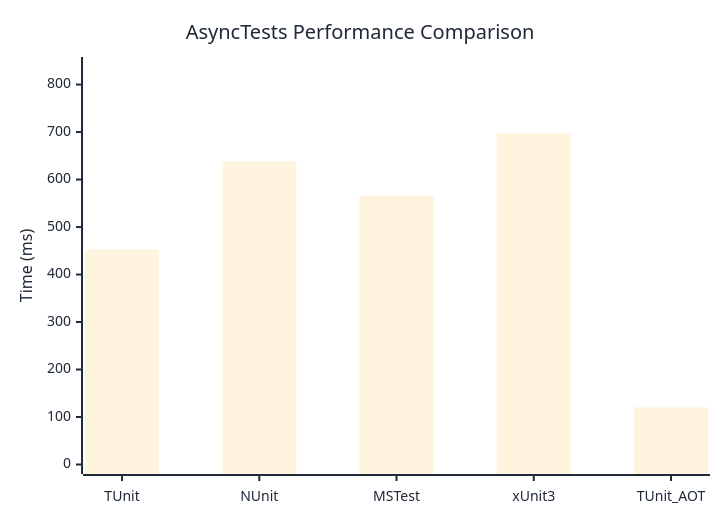
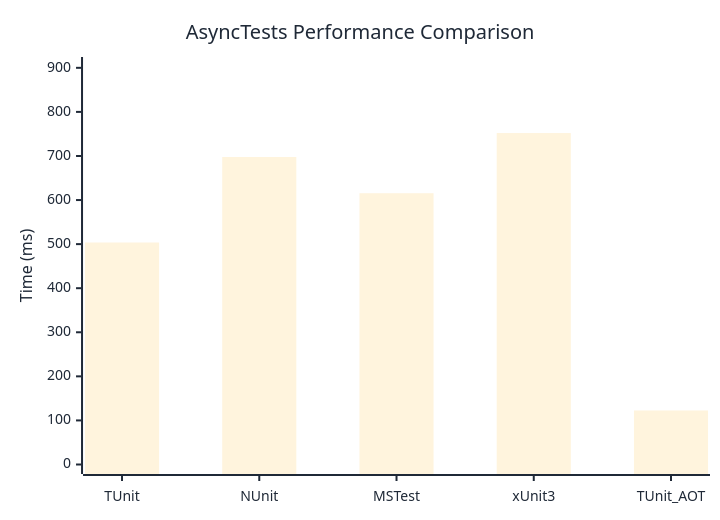
The diagram in docs/docs/benchmarks/AsyncTests.md (thomhurst/TUnit), drawn with Mermaid before and after one commit. The commit also changed other lines of this file and 17 other files, not shown here.

````diff
--- a/docs/docs/benchmarks/AsyncTests.md
+++ b/docs/docs/benchmarks/AsyncTests.md
@@ -27,37 +27,37 @@
 ```mermaid
 %%{init: {
   'theme':'base',
   'themeVariables': {
     'primaryColor': '#2563eb',
     'primaryTextColor': '#1f2937',
     'primaryBorderColor': '#1e40af',
     'lineColor': '#6b7280',
     'secondaryColor': '#7c3aed',
     'tertiaryColor': '#dc2626',
     'background': '#ffffff',
     'mainBkg': '#2563eb',
     'secondBkg': '#7c3aed',
     'tertiaryBkg': '#dc2626',
     'clusterBkg': '#f3f4f6',
     'edgeLabelBackground': '#ffffff',
     'tertiaryTextColor': '#1f2937',
     'pie1': '#2563eb',
     'pie2': '#7c3aed',
     'pie3': '#dc2626',
     'pie4': '#f59e0b',
     'pie5': '#10b981',
     'pie6': '#06b6d4',
     'pie7': '#ec4899',
     'pie8': '#6366f1',
     'pie9': '#84cc16',
     'pie10': '#f97316',
     'pie11': '#14b8a6',
     'pie12': '#a855f7'
   }
 }}%%
 xychart-beta
   title "AsyncTests Performance Comparison"
   x-axis ["TUnit", "NUnit", "MSTest", "xUnit3", "TUnit_AOT"]
-  y-axis "Time (ms)" 0 --> 838
-  bar [452.6, 637.8, 566, 697.8, 120.3]
+  y-axis "Time (ms)" 0 --> 903
+  bar [503.7, 697.7, 615.5, 752, 122.6]
 ```
````
